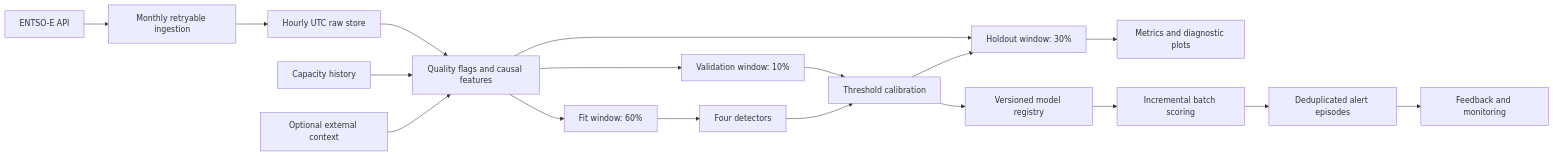
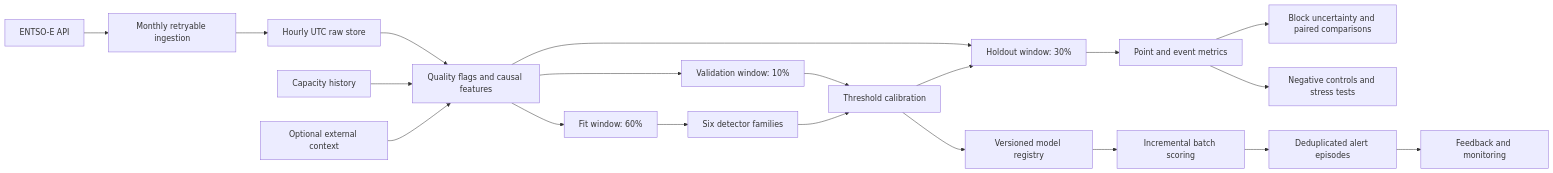
Before and after one commit to MhdAsker/entso-renewable-anomaly-detector: the diagram in README.md, drawn with Mermaid. The commit also changed other lines of this file and 46 other files, not shown here.

````diff
--- a/README.md
+++ b/README.md
@@ -76,20 +131,22 @@
 ```mermaid
 flowchart LR
     A[ENTSO-E API] --> B[Monthly retryable ingestion]
     B --> C[Hourly UTC raw store]
     C --> D[Quality flags and causal features]
     K[Capacity history] --> D
     X[Optional external context] --> D
     D --> E[Fit window: 60%]
     D --> F[Validation window: 10%]
     D --> G[Holdout window: 30%]
-    E --> H[Four detectors]
+    E --> H[Six detector families]
     F --> I[Threshold calibration]
     H --> I
     I --> G
-    G --> J[Metrics and diagnostic plots]
+    G --> J[Point and event metrics]
+    J --> V[Block uncertainty and paired comparisons]
+    J --> W[Negative controls and stress tests]
     I --> R[Versioned model registry]
     R --> S[Incremental batch scoring]
     S --> T[Deduplicated alert episodes]
     T --> U[Feedback and monitoring]
 ```
````
